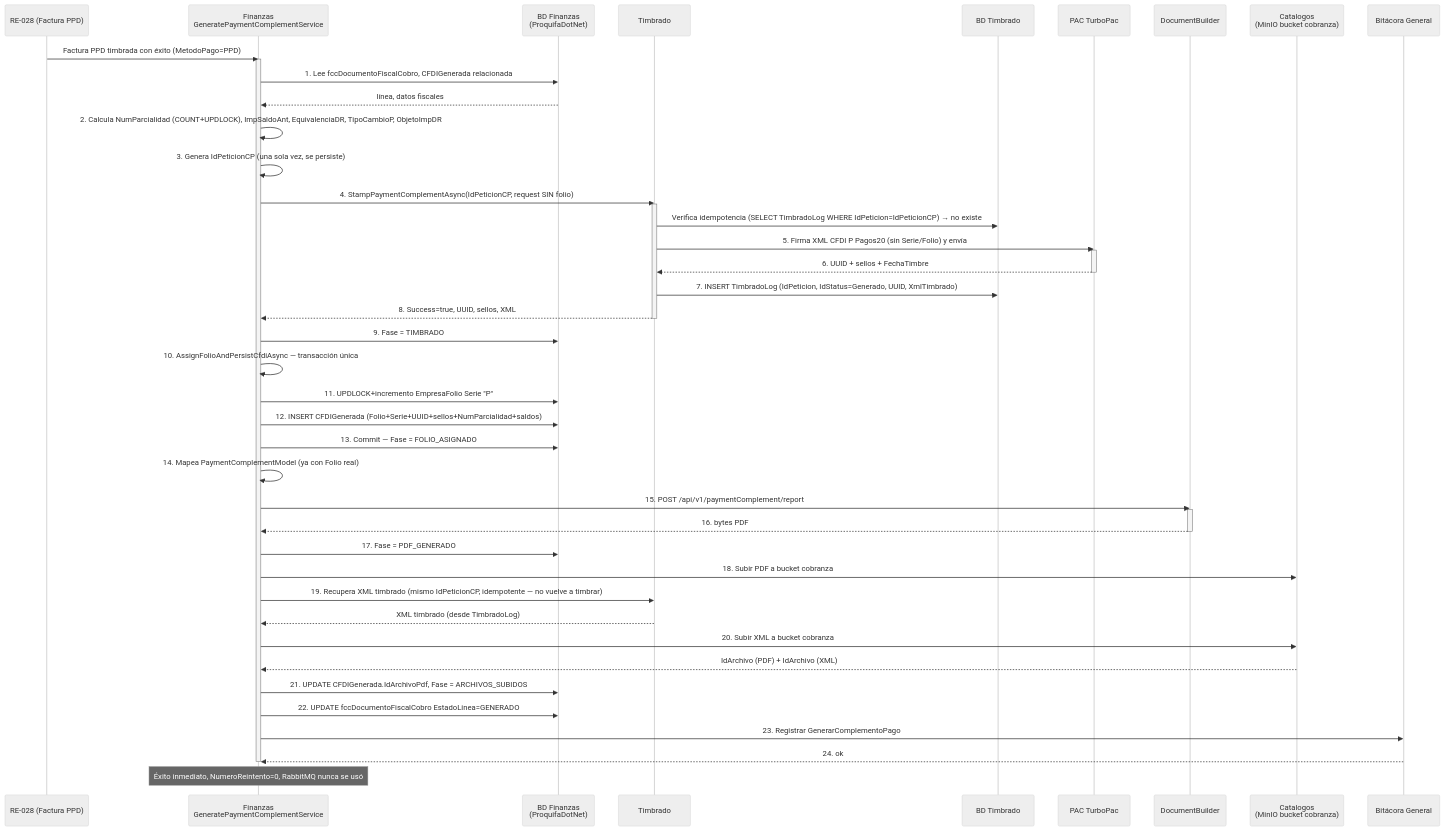
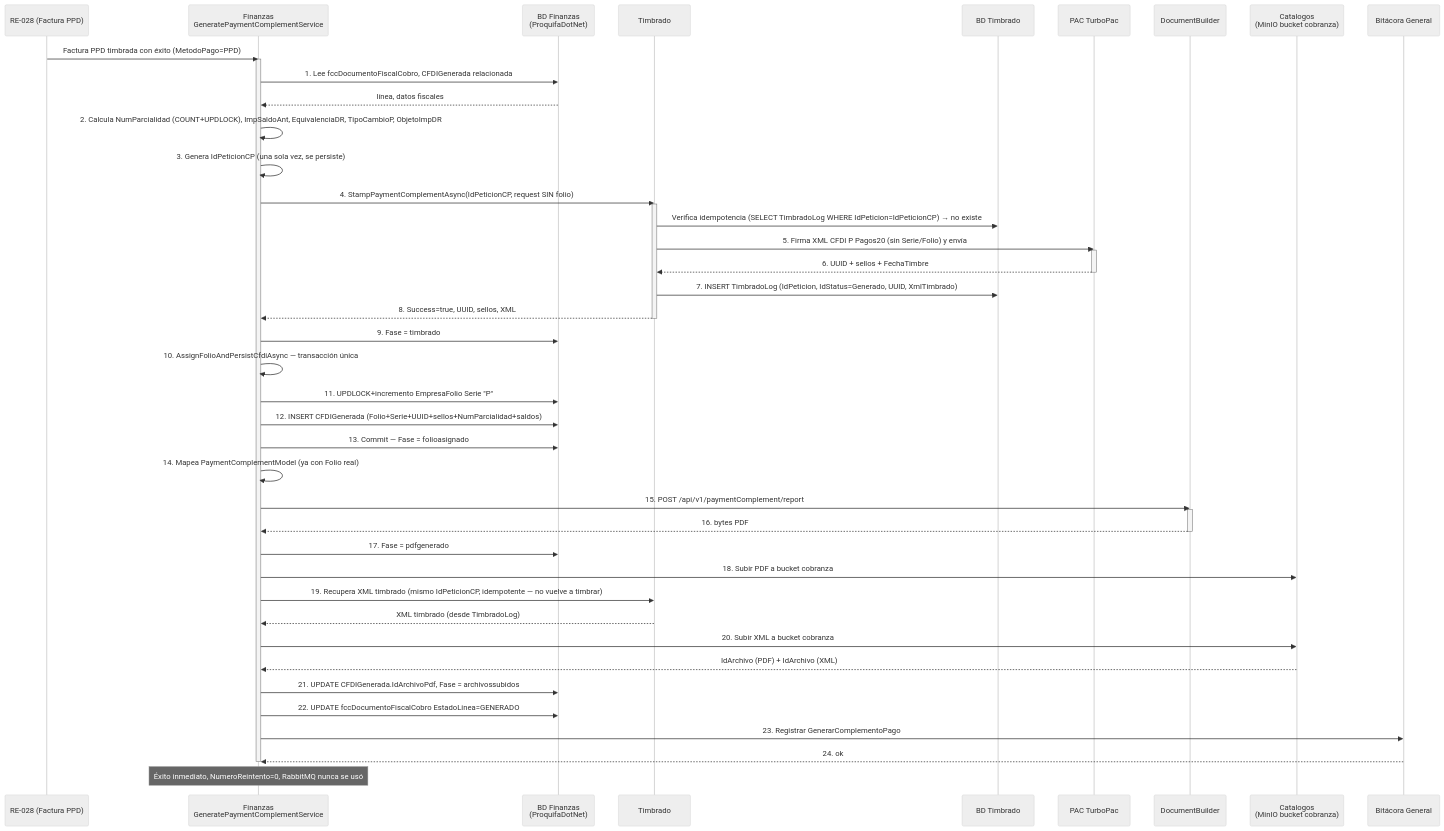
Before and after one commit to JuanGarciaRyndem/R16-Documentacion: the first of 3 diagrams in Requisitos/R16A-RE-FU-030/DIS-SOL-backend-complemento-pago.md, drawn with Mermaid (neutral theme). The commit also changed other lines of this file and 32 other files, not shown here.

````diff
--- a/Requisitos/R16A-RE-FU-030/DIS-SOL-backend-complemento-pago.md
+++ b/Requisitos/R16A-RE-FU-030/DIS-SOL-backend-complemento-pago.md
@@ -137,59 +137,59 @@
 ```mermaid
 sequenceDiagram
     participant RE028 as RE-028 (Factura PPD)
     participant F as Finanzas<br/>GeneratePaymentComplementService
     participant BDF as BD Finanzas<br/>(ProquifaDotNet)
     participant T as Timbrado
     participant BDT as BD Timbrado
     participant PAC as PAC TurboPac
     participant DB as DocumentBuilder
     participant CAT as Catalogos<br/>(MinIO bucket cobranza)
     participant BIT as Bitácora General
 
     RE028->>F: Factura PPD timbrada con éxito (MetodoPago=PPD)
     activate F
 
     F->>BDF: 1. Lee fccDocumentoFiscalCobro, CFDIGenerada relacionada
     BDF-->>F: línea, datos fiscales
     F->>F: 2. Calcula NumParcialidad (COUNT+UPDLOCK), ImpSaldoAnt, EquivalenciaDR, TipoCambioP, ObjetoImpDR
     F->>F: 3. Genera IdPeticionCP (una sola vez, se persiste)
 
     F->>T: 4. StampPaymentComplementAsync(IdPeticionCP, request SIN folio)
     activate T
     T->>BDT: Verifica idempotencia (SELECT TimbradoLog WHERE IdPeticion=IdPeticionCP) → no existe
     T->>PAC: 5. Firma XML CFDI P Pagos20 (sin Serie/Folio) y envía
     activate PAC
     PAC-->>T: 6. UUID + sellos + FechaTimbre
     deactivate PAC
     T->>BDT: 7. INSERT TimbradoLog (IdPeticion, IdStatus=Generado, UUID, XmlTimbrado)
     T-->>F: 8. Success=true, UUID, sellos, XML
     deactivate T
 
-    F->>BDF: 9. Fase = TIMBRADO
+    F->>BDF: 9. Fase = timbrado
 
     F->>F: 10. AssignFolioAndPersistCfdiAsync — transacción única
     F->>BDF: 11. UPDLOCK+incremento EmpresaFolio Serie "P"
     F->>BDF: 12. INSERT CFDIGenerada (Folio+Serie+UUID+sellos+NumParcialidad+saldos)
-    F->>BDF: 13. Commit — Fase = FOLIO_ASIGNADO
+    F->>BDF: 13. Commit — Fase = folioasignado
 
     F->>F: 14. Mapea PaymentComplementModel (ya con Folio real)
     F->>DB: 15. POST /api/v1/paymentComplement/report
     activate DB
     DB-->>F: 16. bytes PDF
     deactivate DB
-    F->>BDF: 17. Fase = PDF_GENERADO
+    F->>BDF: 17. Fase = pdfgenerado
 
     F->>CAT: 18. Subir PDF a bucket cobranza
     F->>T: 19. Recupera XML timbrado (mismo IdPeticionCP, idempotente — no vuelve a timbrar)
     T-->>F: XML timbrado (desde TimbradoLog)
     F->>CAT: 20. Subir XML a bucket cobranza
     CAT-->>F: IdArchivo (PDF) + IdArchivo (XML)
-    F->>BDF: 21. UPDATE CFDIGenerada.IdArchivoPdf, Fase = ARCHIVOS_SUBIDOS
+    F->>BDF: 21. UPDATE CFDIGenerada.IdArchivoPdf, Fase = archivossubidos
 
     F->>BDF: 22. UPDATE fccDocumentoFiscalCobro EstadoLinea=GENERADO
     F->>BIT: 23. Registrar GenerarComplementoPago
     BIT-->>F: 24. ok
     deactivate F
 
     Note over F: Éxito inmediato, NumeroReintento=0, RabbitMQ nunca se usó
 ```
````
